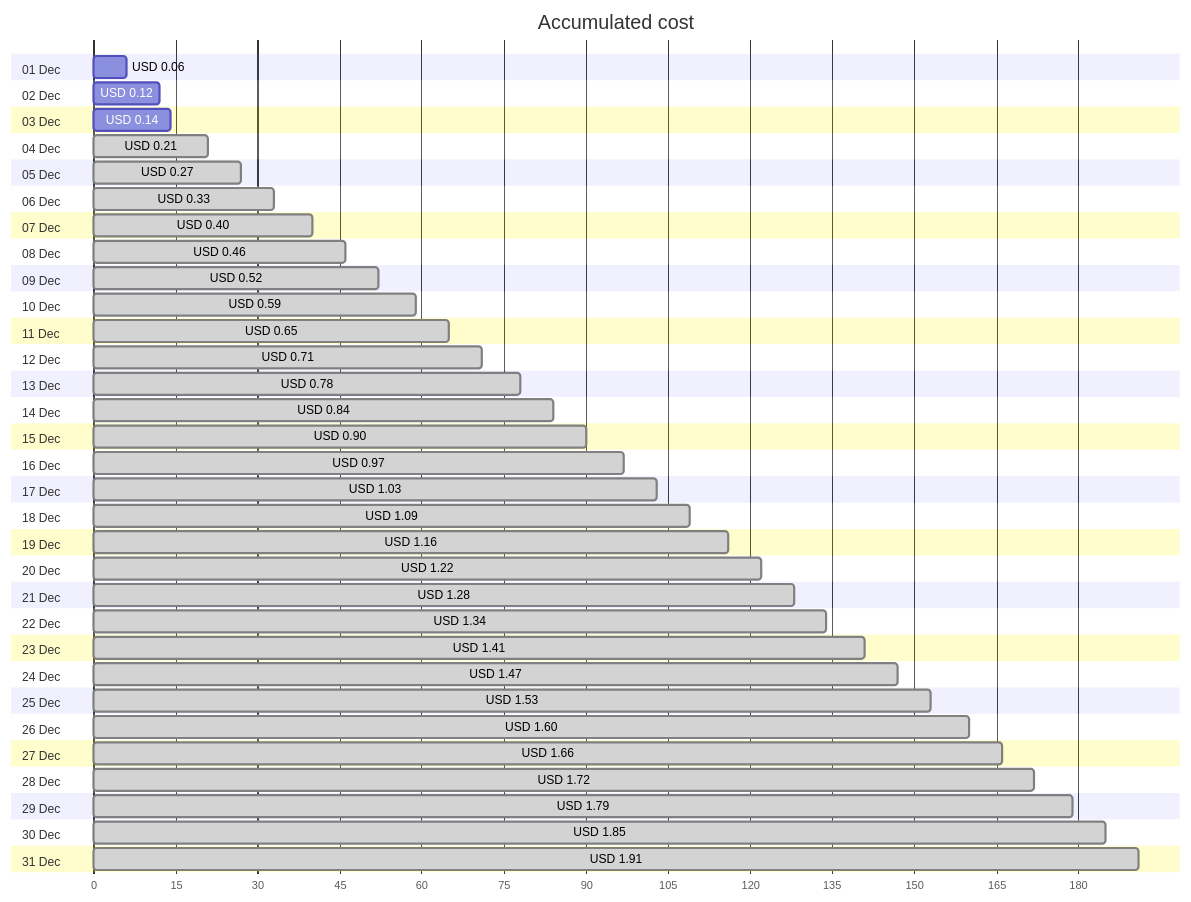
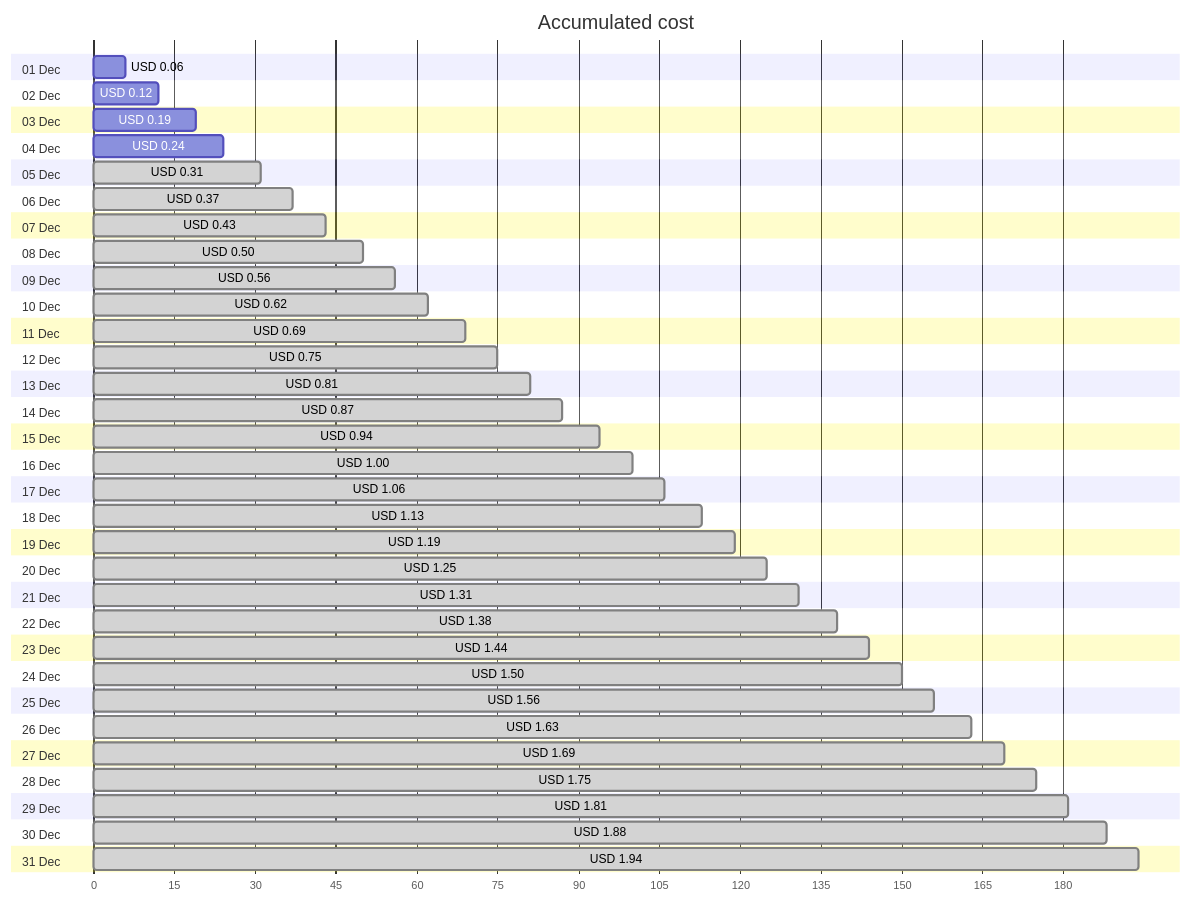
One commit to jpfulton/azure-personal-reports changed the first of 4 diagrams in cost-reports/personal-network/vpn-server_OsDisk.md. Above: the diagram before and after it, drawn with Mermaid. The commit also changed other lines of this file and 8 other files, not shown here.

````diff
--- a/cost-reports/personal-network/vpn-server_OsDisk.md
+++ b/cost-reports/personal-network/vpn-server_OsDisk.md
@@ -20,68 +20,68 @@
 ```mermaid
 gantt
    title Accumulated cost
    dateFormat  X
    axisFormat %s
    section 01 Dec
    USD 0.06 :0, 6
    section 02 Dec
    USD 0.12 :0, 12
    section 03 Dec
-   USD 0.14 :0, 14
+   USD 0.19 :0, 19
    section 04 Dec
-   USD 0.21 : done, 0, 21
+   USD 0.24 :0, 24
    section 05 Dec
-   USD 0.27 : done, 0, 27
+   USD 0.31 : done, 0, 31
    section 06 Dec
-   USD 0.33 : done, 0, 33
+   USD 0.37 : done, 0, 37
    section 07 Dec
-   USD 0.40 : done, 0, 40
+   USD 0.43 : done, 0, 43
    section 08 Dec
-   USD 0.46 : done, 0, 46
+   USD 0.50 : done, 0, 50
    section 09 Dec
-   USD 0.52 : done, 0, 52
+   USD 0.56 : done, 0, 56
    section 10 Dec
-   USD 0.59 : done, 0, 59
+   USD 0.62 : done, 0, 62
    section 11 Dec
-   USD 0.65 : done, 0, 65
+   USD 0.69 : done, 0, 69
    section 12 Dec
-   USD 0.71 : done, 0, 71
+   USD 0.75 : done, 0, 75
    section 13 Dec
-   USD 0.78 : done, 0, 78
+   USD 0.81 : done, 0, 81
    section 14 Dec
-   USD 0.84 : done, 0, 84
+   USD 0.87 : done, 0, 87
    section 15 Dec
-   USD 0.90 : done, 0, 90
+   USD 0.94 : done, 0, 94
    section 16 Dec
-   USD 0.97 : done, 0, 97
+   USD 1.00 : done, 0, 100
    section 17 Dec
-   USD 1.03 : done, 0, 103
+   USD 1.06 : done, 0, 106
    section 18 Dec
-   USD 1.09 : done, 0, 109
+   USD 1.13 : done, 0, 113
    section 19 Dec
-   USD 1.16 : done, 0, 116
+   USD 1.19 : done, 0, 119
    section 20 Dec
-   USD 1.22 : done, 0, 122
+   USD 1.25 : done, 0, 125
    section 21 Dec
-   USD 1.28 : done, 0, 128
+   USD 1.31 : done, 0, 131
    section 22 Dec
-   USD 1.34 : done, 0, 134
+   USD 1.38 : done, 0, 138
    section 23 Dec
-   USD 1.41 : done, 0, 141
+   USD 1.44 : done, 0, 144
    section 24 Dec
-   USD 1.47 : done, 0, 147
+   USD 1.50 : done, 0, 150
    section 25 Dec
-   USD 1.53 : done, 0, 153
+   USD 1.56 : done, 0, 156
    section 26 Dec
-   USD 1.60 : done, 0, 160
+   USD 1.63 : done, 0, 163
    section 27 Dec
-   USD 1.66 : done, 0, 166
+   USD 1.69 : done, 0, 169
    section 28 Dec
-   USD 1.72 : done, 0, 172
+   USD 1.75 : done, 0, 175
    section 29 Dec
-   USD 1.79 : done, 0, 179
+   USD 1.81 : done, 0, 181
    section 30 Dec
-   USD 1.85 : done, 0, 185
+   USD 1.88 : done, 0, 188
    section 31 Dec
-   USD 1.91 : done, 0, 191
+   USD 1.94 : done, 0, 194
 ```
````
